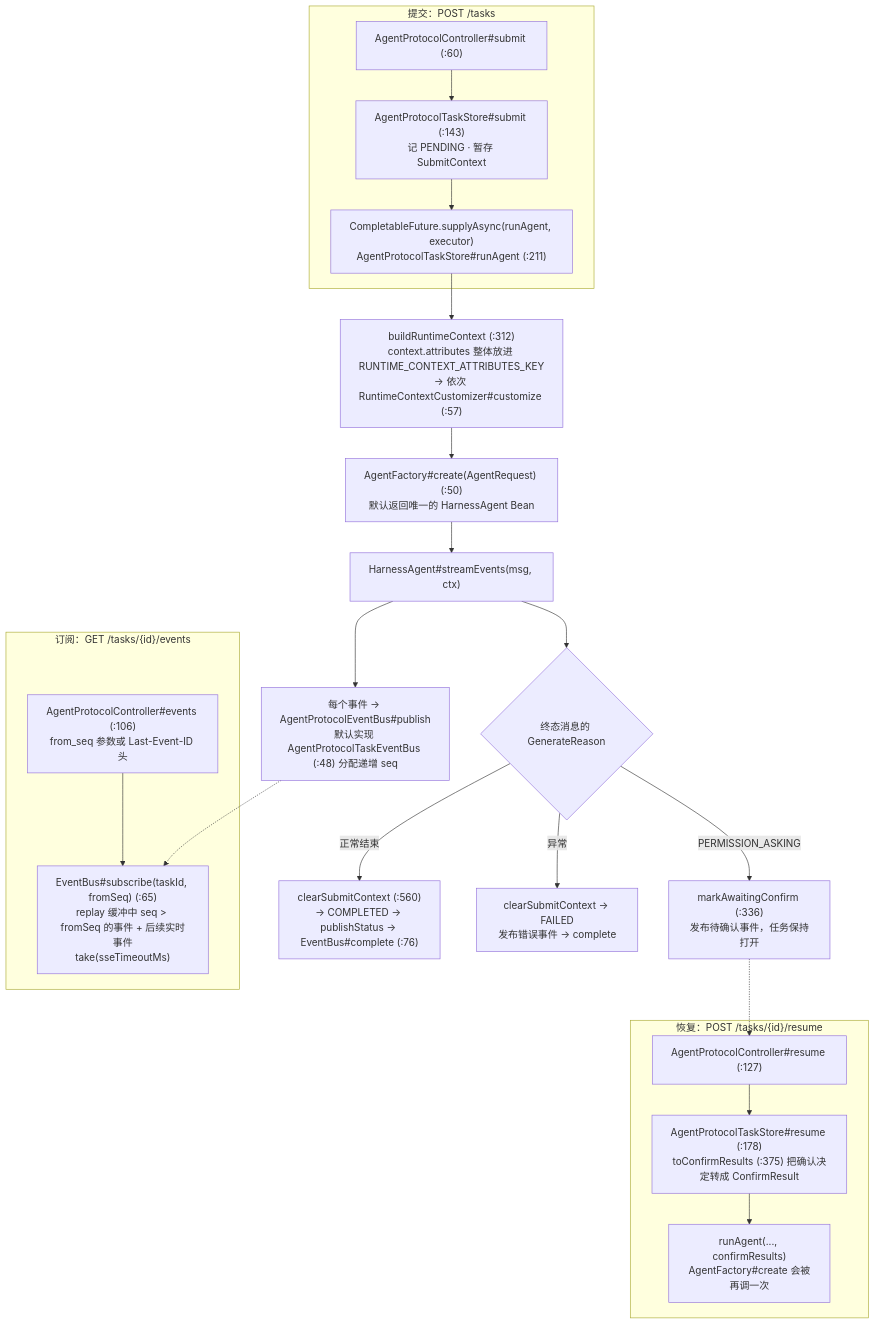
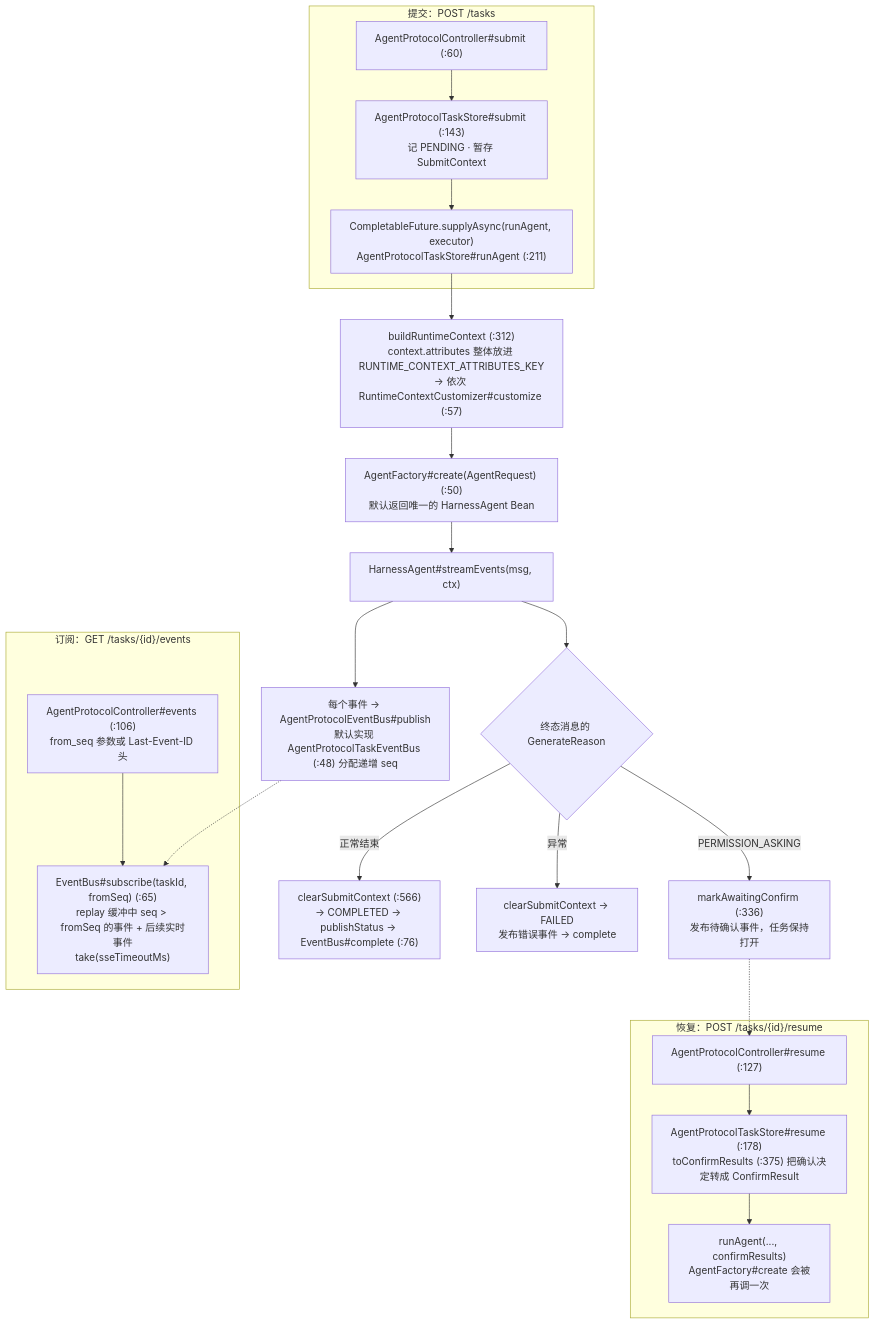
The third of 3 diagrams in 08-扩展生态.md (liulangjietou/AgentScope-source-analysis), drawn with Mermaid before and after one commit. The commit also changed other lines of this file, not shown here.

````diff
--- a/08-扩展生态.md
+++ b/08-扩展生态.md
@@ -129,24 +182,24 @@
 ```mermaid
 flowchart TB
     subgraph SUBMIT["提交：POST /tasks"]
         C1["AgentProtocolController#submit (:60)"] --> S1["AgentProtocolTaskStore#submit (:143)<br/>记 PENDING · 暂存 SubmitContext"]
         S1 --> RA["CompletableFuture.supplyAsync(runAgent, executor)<br/>AgentProtocolTaskStore#runAgent (:211)"]
     end
     RA --> RC["buildRuntimeContext (:312)<br/>context.attributes 整体放进 RUNTIME_CONTEXT_ATTRIBUTES_KEY<br/>→ 依次 RuntimeContextCustomizer#customize (:57)"]
     RC --> AF["AgentFactory#create(AgentRequest) (:50)<br/>默认返回唯一的 HarnessAgent Bean"]
     AF --> SE["HarnessAgent#streamEvents(msg, ctx)"]
     SE --> PUB["每个事件 → AgentProtocolEventBus#publish<br/>默认实现 AgentProtocolTaskEventBus (:48) 分配递增 seq"]
     SE --> END{"终态消息的 GenerateReason"}
     END -->|"PERMISSION_ASKING"| AW["markAwaitingConfirm (:336)<br/>发布待确认事件，任务保持打开"]
-    END -->|"正常结束"| DONE["clearSubmitContext (:560)<br/>→ COMPLETED → publishStatus → EventBus#complete (:76)"]
+    END -->|"正常结束"| DONE["clearSubmitContext (:566)<br/>→ COMPLETED → publishStatus → EventBus#complete (:76)"]
     END -->|"异常"| FAILED["clearSubmitContext → FAILED<br/>发布错误事件 → complete"]
     subgraph EVENTS["订阅：GET /tasks/{id}/events"]
         C2["AgentProtocolController#events (:106)<br/>from_seq 参数或 Last-Event-ID 头"] --> SUB["EventBus#subscribe(taskId, fromSeq) (:65)<br/>replay 缓冲中 seq > fromSeq 的事件 + 后续实时事件<br/>take(sseTimeoutMs)"]
     end
     subgraph RESUME["恢复：POST /tasks/{id}/resume"]
         C3["AgentProtocolController#resume (:127)"] --> S3["AgentProtocolTaskStore#resume (:178)<br/>toConfirmResults (:375) 把确认决定转成 ConfirmResult"]
         S3 --> RA2["runAgent(..., confirmResults)<br/>AgentFactory#create 会被再调一次"]
     end
     PUB -.-> SUB
     AW -.-> C3
 ```
````
